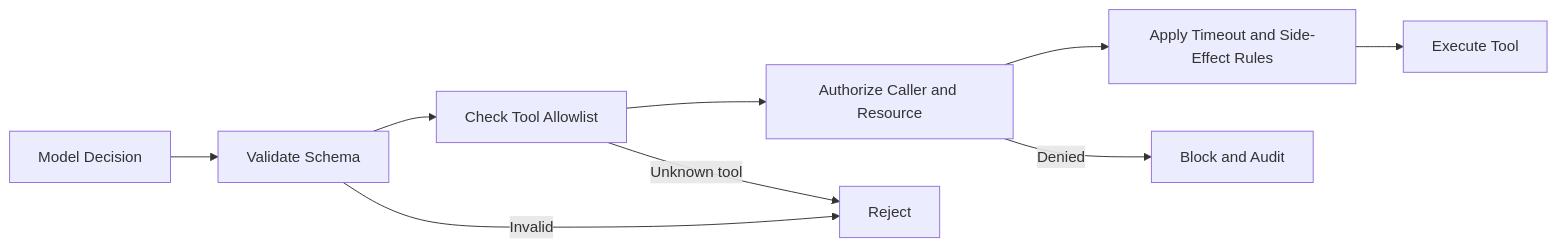
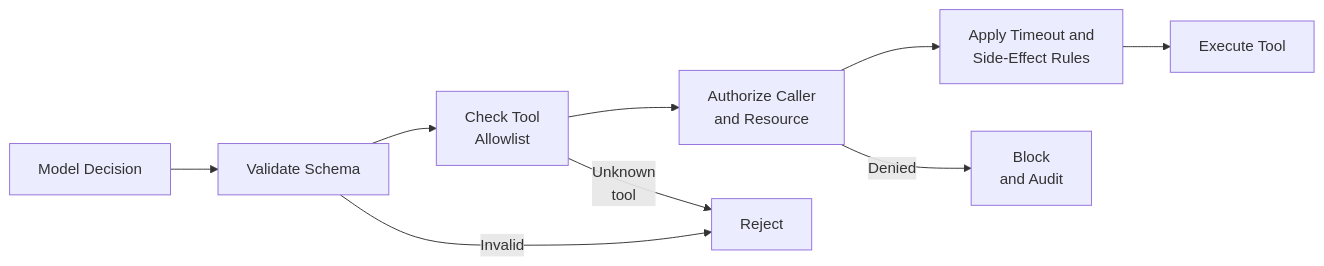
Before and after one commit to MihirKJha/enterprise-ai-blog: the second of 2 diagrams in docs/architecture-insights/ai-agents/5.1-engineering-bounded-enterprise-agents.md, drawn with Mermaid. The commit also changed other lines of this file, not shown here.

````diff
--- a/docs/architecture-insights/ai-agents/5.1-engineering-bounded-enterprise-agents.md
+++ b/docs/architecture-insights/ai-agents/5.1-engineering-bounded-enterprise-agents.md
@@ -135,11 +135,11 @@
 ```mermaid
 flowchart LR
     A[Model Decision] --> B[Validate Schema]
-    B --> C[Check Tool Allowlist]
-    C --> D[Authorize Caller and Resource]
-    D --> E[Apply Timeout and Side-Effect Rules]
+    B --> C[Check Tool <br/>Allowlist]
+    C --> D[Authorize Caller <br/>and Resource]
+    D --> E[Apply Timeout and <br/>Side-Effect Rules]
     E --> F[Execute Tool]
     B -->|Invalid| X[Reject]
-    C -->|Unknown tool| X
-    D -->|Denied| Y[Block and Audit]
+    C -->|Unknown <br/>tool| X
+    D -->|Denied| Y[Block <br/>and Audit]
 ```
````
